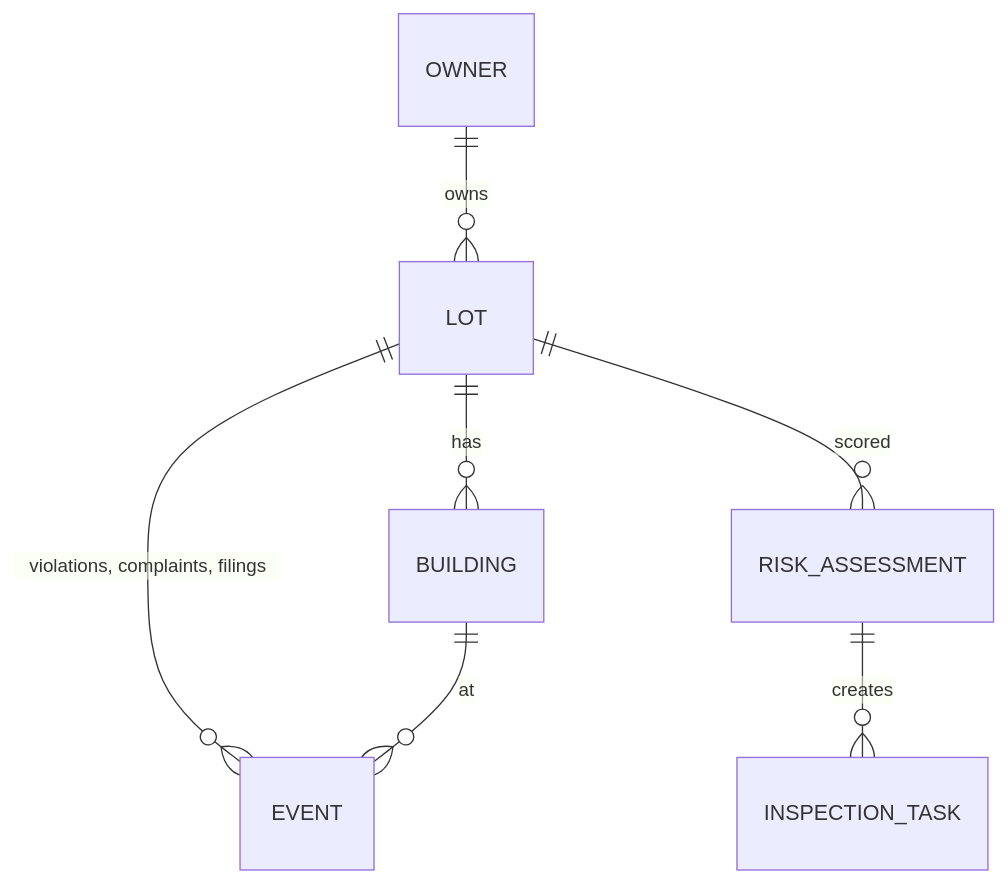
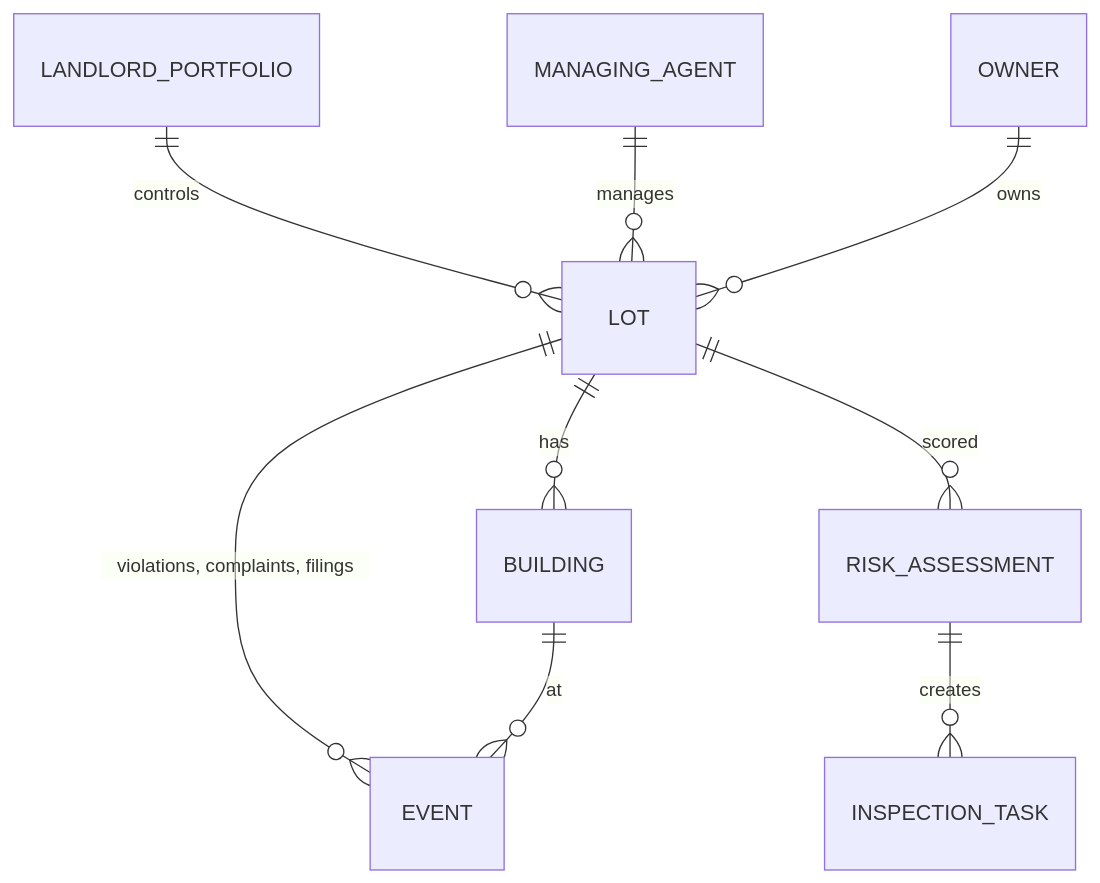
The second of 2 diagrams in README.md (KingDanielE/nyc-building-risk), drawn with Mermaid before and after one commit. The commit also changed other lines of this file and 14 other files, not shown here.

````diff
--- a/README.md
+++ b/README.md
@@ -58,9 +67,11 @@
 ```mermaid
 erDiagram
+  LANDLORD_PORTFOLIO ||--o{ LOT : controls
+  MANAGING_AGENT ||--o{ LOT : manages
   OWNER ||--o{ LOT : owns
   LOT ||--o{ BUILDING : has
   LOT ||--o{ EVENT : "violations, complaints, filings"
   BUILDING ||--o{ EVENT : at
   LOT ||--o{ RISK_ASSESSMENT : scored
   RISK_ASSESSMENT ||--o{ INSPECTION_TASK : creates
 ```
````
